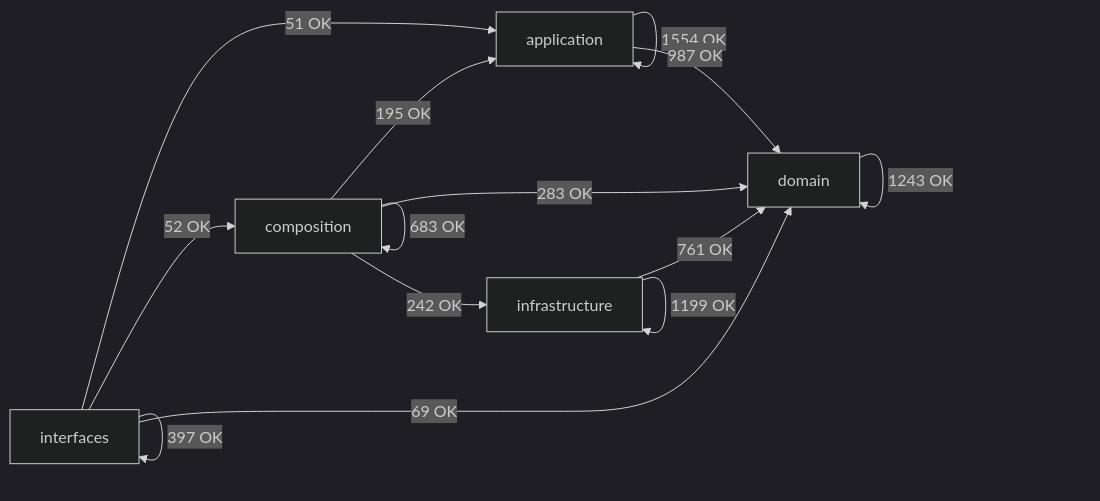
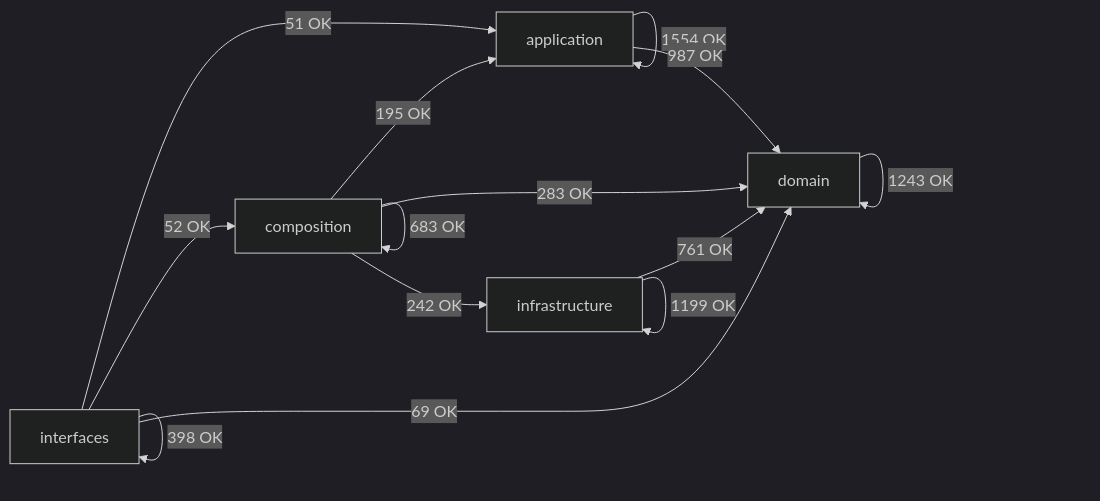
One commit to SatoryKono/BioactivityDataAcquisition changed the diagram in docs/02-architecture/generated/module-dependency-map.md. Above: the diagram before and after it, drawn with Mermaid (dark theme). The commit also changed other lines of this file and 12 other files, not shown here.

````diff
--- a/docs/02-architecture/generated/module-dependency-map.md
+++ b/docs/02-architecture/generated/module-dependency-map.md
@@ -17,21 +17,21 @@
 ```mermaid
 flowchart LR
     domain[domain]
     application[application]
     infrastructure[infrastructure]
     composition[composition]
     interfaces[interfaces]
     application -->|1554 OK| application
     application -->|987 OK| domain
     composition -->|195 OK| application
     composition -->|683 OK| composition
     composition -->|283 OK| domain
     composition -->|242 OK| infrastructure
     domain -->|1243 OK| domain
     infrastructure -->|761 OK| domain
     infrastructure -->|1199 OK| infrastructure
     interfaces -->|51 OK| application
     interfaces -->|52 OK| composition
     interfaces -->|69 OK| domain
-    interfaces -->|397 OK| interfaces
+    interfaces -->|398 OK| interfaces
 ```
````
